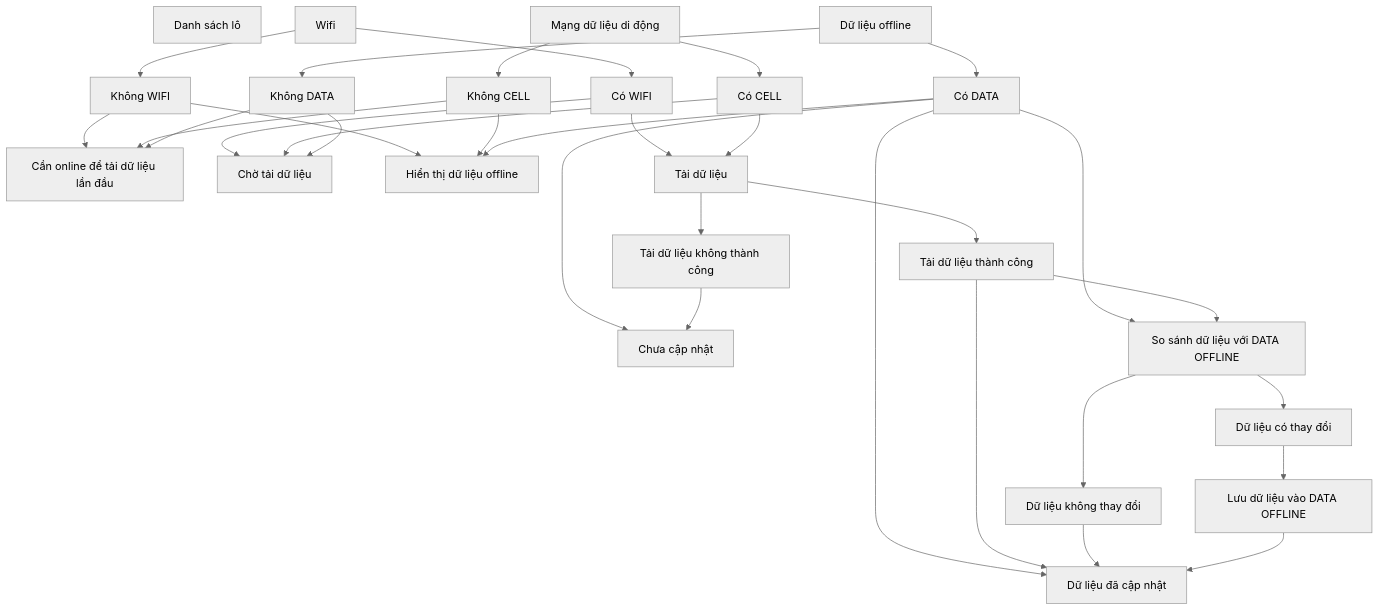
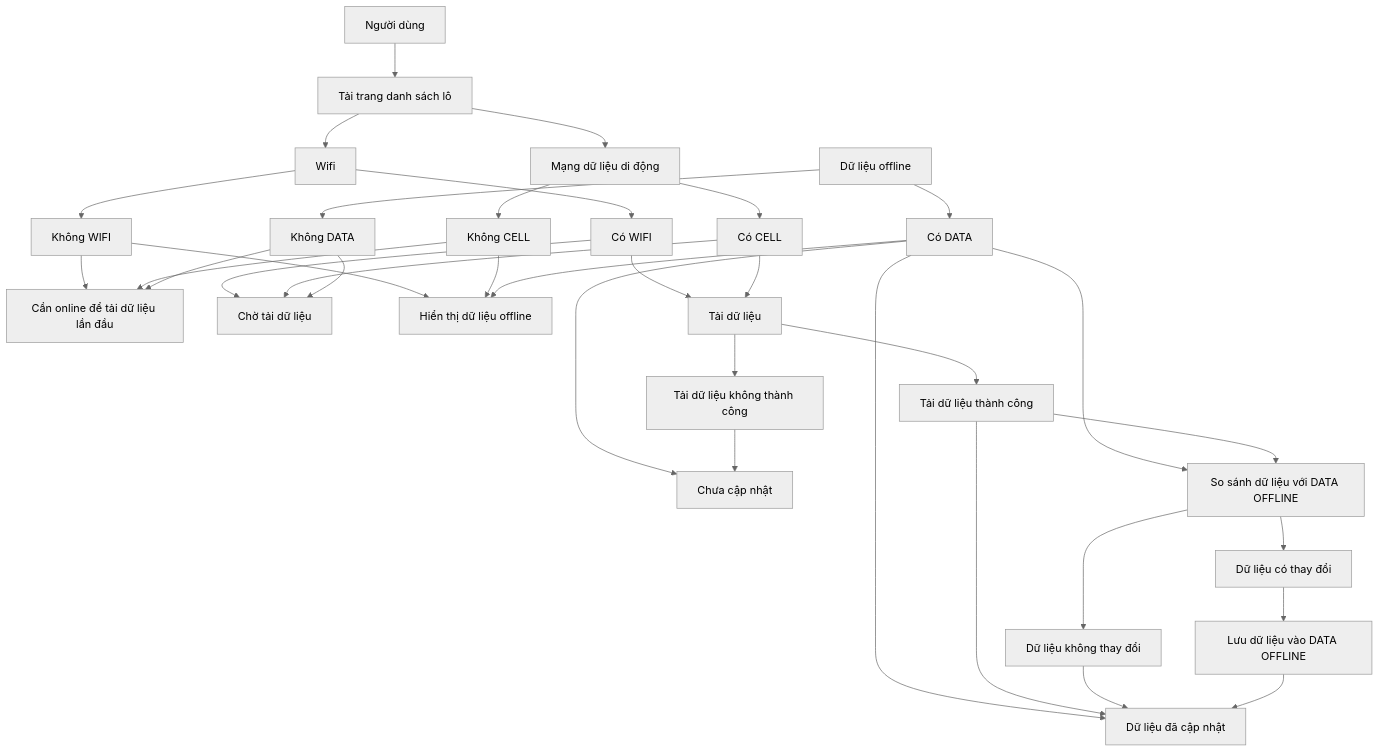
One commit to trethanhphat/tre-thanh-phat-pwa-docs changed the diagram in docs/batches-flow.md. Above: the diagram before and after it, drawn with Mermaid (neutral theme).

````diff
--- a/docs/batches-flow.md
+++ b/docs/batches-flow.md
@@ -1,75 +1,81 @@
 ```mermaid
 flowchart TD
-A["Danh sách lô"]
+USER["Người dùng"]
+LOAD["Tải trang danh sách lô"]
+USER --> LOAD
+LOAD --> WIFI
+LOAD --> CELL
+
+
 CELL["Mạng dữ liệu di động"]
 
 CELL --> CELL-Y["Có CELL"]
 CELL --> CELL-N["Không CELL"]
 
 WIFI["Wifi"]
 
 WIFI --> WIFI-Y["Có WIFI"]
 WIFI --> WIFI-N["Không WIFI"]
 
 DATA["Dữ liệu offline"]
 
 DATA --> DATA-Y["Có DATA"]
 DATA --> DATA-N["Không DATA"]
 
 
 
 EMPTY["Cần online để tải dữ liệu lần đầu"]
 
 WIFI-N --> EMPTY
 CELL-N --> EMPTY
 DATA-N --> EMPTY
 
 WAIT["Chờ tải dữ liệu"]
 
 WIFI-Y --> WAIT
 CELL-Y --> WAIT
 DATA-N --> WAIT
 
 
 OFFLINE["Hiển thị dữ liệu offline"]
 
 WIFI-N --> OFFLINE
 CELL-N --> OFFLINE
 DATA-Y --> OFFLINE
 
 FETCH["Tải dữ liệu"]
 
 WIFI-Y --> FETCH
 CELL-Y --> FETCH
 
 FETCH-Y["Tải dữ liệu thành công"]
 FETCH-N["Tải dữ liệu không thành công"]
 
 FETCH --> FETCH-Y
 FETCH --> FETCH-N
 
 SUCCESS["Dữ liệu đã cập nhật"]
 
 DATA-Y --> SUCCESS
 FETCH-Y --> SUCCESS
 
 FAIL["Chưa cập nhật"]
 DATA-Y --> FAIL
 FETCH-N --> FAIL
 
 COMPARE["So sánh dữ liệu với DATA OFFLINE"]
 
 DATA-Y --> COMPARE
 FETCH-Y --> COMPARE
 
 COMPARE --> COMPARE-Y["Dữ liệu có thay đổi"]
 COMPARE --> COMPARE-N["Dữ liệu không thay đổi"]
 
 COMPARE-N --> SUCCESS
 
 SAVE["Lưu dữ liệu vào DATA OFFLINE"]
 
 COMPARE-Y --> SAVE
 SAVE --> SUCCESS
 
 ```
````
